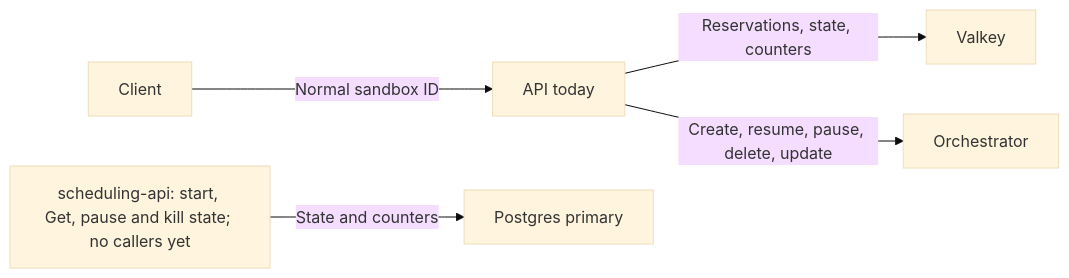
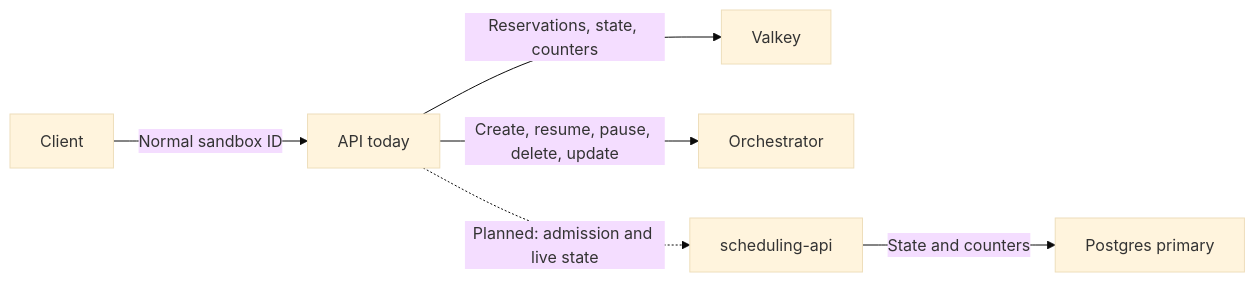
One commit to e2b-dev/runtime changed the first of 6 diagrams in packages/scheduling-api/docs/request-flows.md. Above: the diagram before and after it, drawn with Mermaid (base theme). The commit also changed other lines of this file and 56 other files, not shown here.

Commit message:
feat(scheduling-api): add sandbox lifecycle RPCs

````diff
--- a/packages/scheduling-api/docs/request-flows.md
+++ b/packages/scheduling-api/docs/request-flows.md
@@ -8,8 +10,8 @@
 ```mermaid
 flowchart LR
     Client -->|Normal sandbox ID| API[API today]
     API -->|Reservations, state, counters| Valkey
     API -->|Create, resume, pause, delete, update| Orchestrator
-    Scheduling["scheduling-api: start, Get, pause and kill state; no callers yet"]
+    API -.->|Planned: admission and live state| Scheduling[scheduling-api]
     Scheduling -->|State and counters| DB[Postgres primary]
 ```
````
